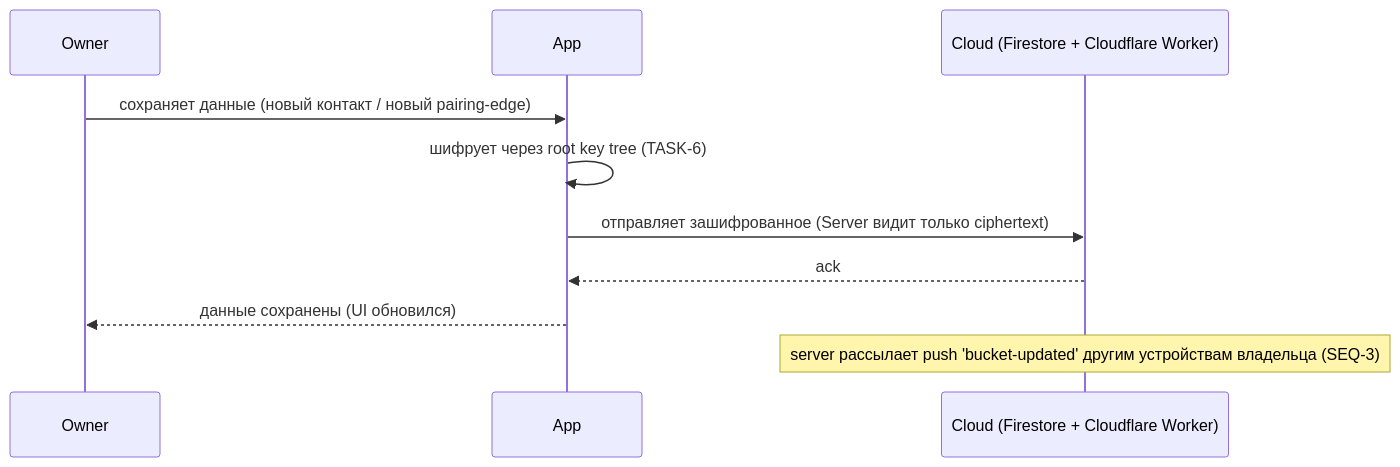
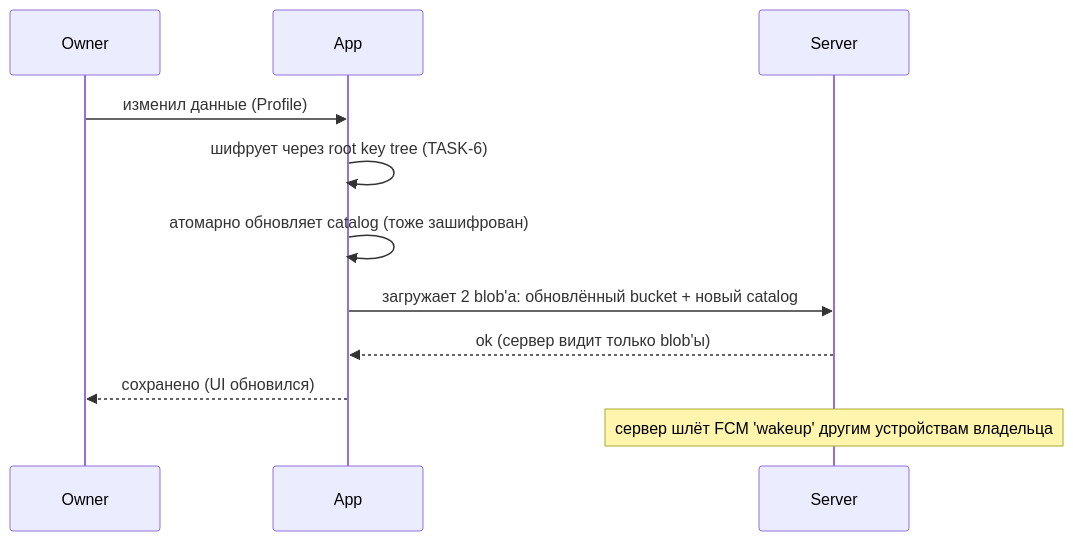
The third of 9 diagrams in specs/task-66-generic-encrypted-bucket-registry/spec.md (jeromwork/launcher), drawn with Mermaid before and after one commit. The commit also changed other lines of this file, not shown here.

````diff
--- a/specs/task-66-generic-encrypted-bucket-registry/spec.md
+++ b/specs/task-66-generic-encrypted-bucket-registry/spec.md
@@ -150,13 +167,14 @@
 ```mermaid
 sequenceDiagram
   participant Owner
   participant App
-  participant Server as Cloud (Firestore + Cloudflare Worker)
+  participant Server
 
-  Owner->>App: сохраняет данные (новый контакт / новый pairing-edge)
+  Owner->>App: изменил данные (Profile)
   App->>App: шифрует через root key tree (TASK-6)
-  App->>Server: отправляет зашифрованное (Server видит только ciphertext)
-  Server-->>App: ack
-  App-->>Owner: данные сохранены (UI обновился)
-  Note over Server: server рассылает push 'bucket-updated' другим устройствам владельца (SEQ-3)
+  App->>App: атомарно обновляет catalog (тоже зашифрован)
+  App->>Server: загружает 2 blob'а: обновлённый bucket + новый catalog
+  Server-->>App: ok (сервер видит только blob'ы)
+  App-->>Owner: сохранено (UI обновился)
+  Note over Server: сервер шлёт FCM 'wakeup' другим устройствам владельца
 ```
````
